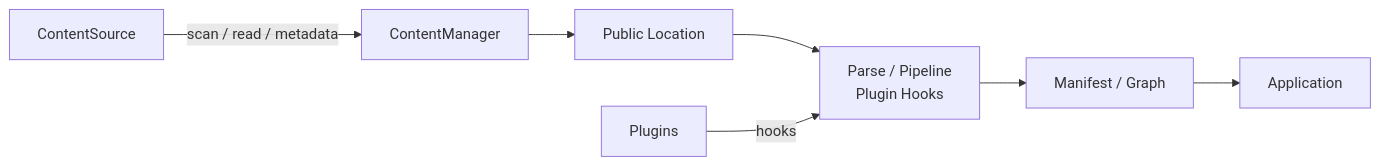
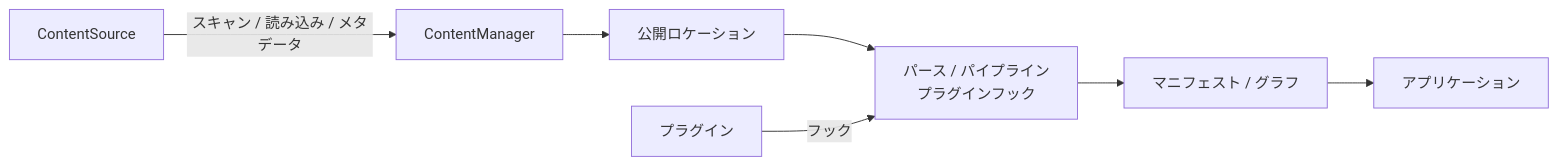
One commit to Rerurate514/riebeckite changed the third of 7 diagrams in docs/docs/framework/architecture.ja.md. Above: the diagram before and after it, drawn with Mermaid. The commit also changed other lines of this file and 310 other files, not shown here.

````diff
--- a/docs/docs/framework/architecture.ja.md
+++ b/docs/docs/framework/architecture.ja.md
@@ -215,17 +188,17 @@
 ```mermaid id="8k9ikv"
 flowchart LR
     Source["ContentSource"]
     Manager["ContentManager"]
-    Location["Public Location"]
-    Pipeline["Parse / Pipeline<br/>Plugin Hooks"]
-    Result["Manifest / Graph"]
-    App["Application"]
+    Location["公開ロケーション"]
+    Pipeline["パース / パイプライン<br/>プラグインフック"]
+    Result["マニフェスト / グラフ"]
+    App["アプリケーション"]
 
-    Source -->|"scan / read / metadata"| Manager
+    Source -->|"スキャン / 読み込み / メタデータ"| Manager
     Manager --> Location
     Location --> Pipeline
     Pipeline --> Result
     Result --> App
 
-    Plugins["Plugins"] -->|"hooks"| Pipeline
+    Plugins["プラグイン"] -->|"フック"| Pipeline
 ```
````
